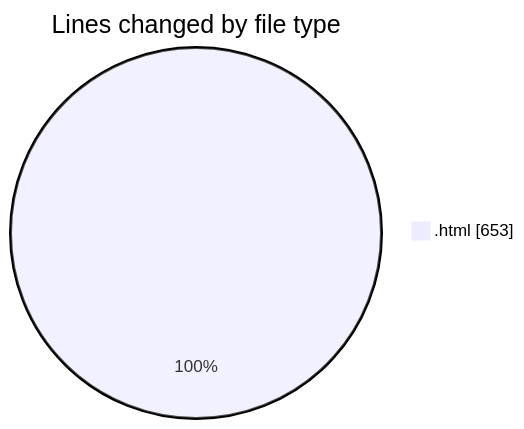
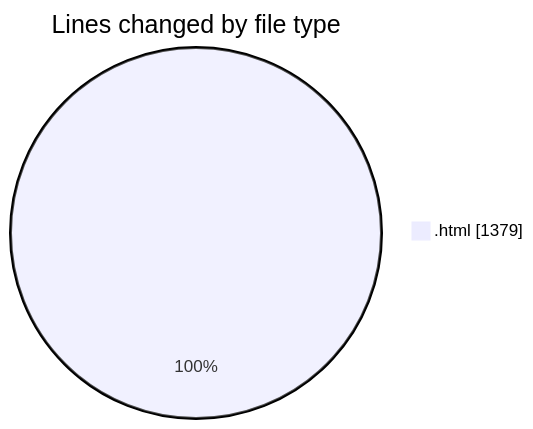
One commit to vahidmafi/code-tracking changed the first of 2 diagrams in 2025-06-27/horizon/README.md. Above: the diagram before and after it, drawn with Mermaid. The commit also changed other lines of this file and 1 other file, not shown here.

````diff
--- a/2025-06-27/horizon/README.md
+++ b/2025-06-27/horizon/README.md
@@ -20,5 +21,5 @@
 ```mermaid
 pie showData
 title Lines changed by file type
-".html" : 653
+".html" : 1379
 ```
````
